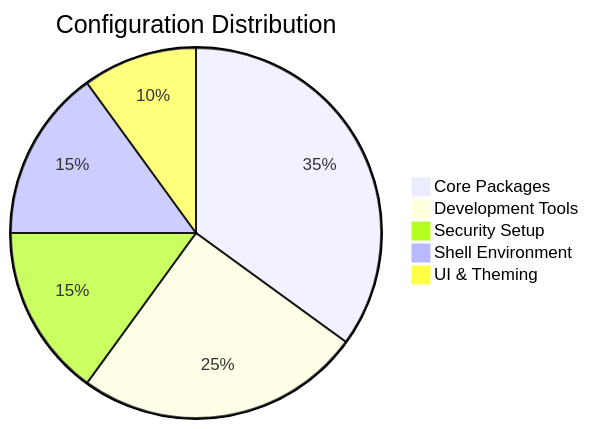
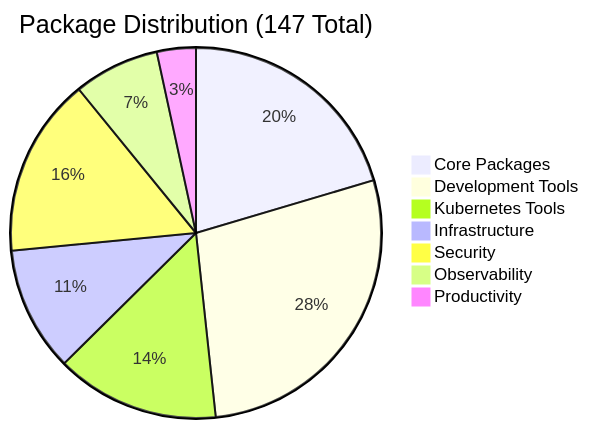
One commit to pampatzoglou/home-manager changed the eighth of 8 diagrams in docs/ARCHITECTURE.md. Above: the diagram before and after it, drawn with Mermaid. The commit also changed other lines of this file and 1 other file, not shown here.

````diff
--- a/docs/ARCHITECTURE.md
+++ b/docs/ARCHITECTURE.md
@@ -347,8 +355,10 @@
 ```mermaid
-pie title Configuration Distribution
-    "Core Packages" : 35
-    "Development Tools" : 25
-    "Security Setup" : 15
-    "Shell Environment" : 15
-    "UI & Theming" : 10
+pie title Package Distribution (147 Total)
+    "Core Packages" : 30
+    "Development Tools" : 41
+    "Kubernetes Tools" : 21
+    "Infrastructure" : 16
+    "Security" : 23
+    "Observability" : 11
+    "Productivity" : 5
 ```
````
